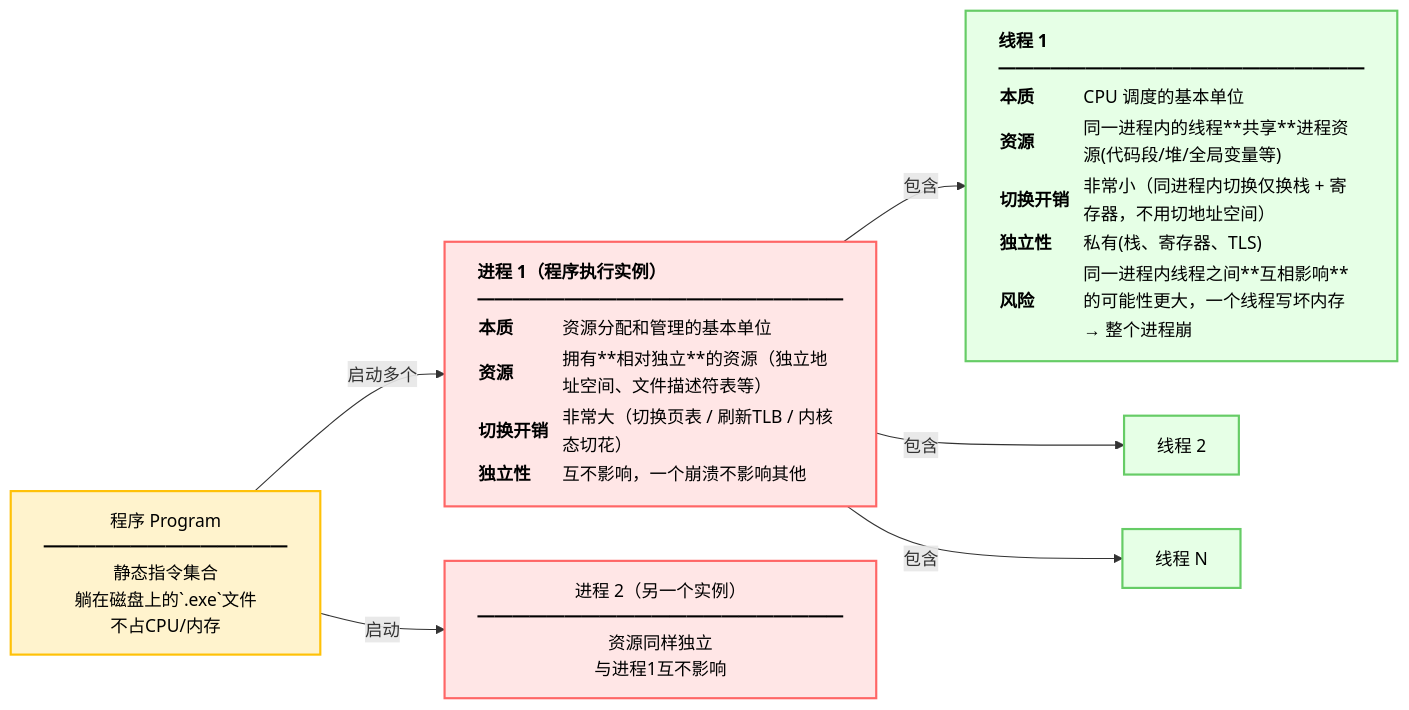
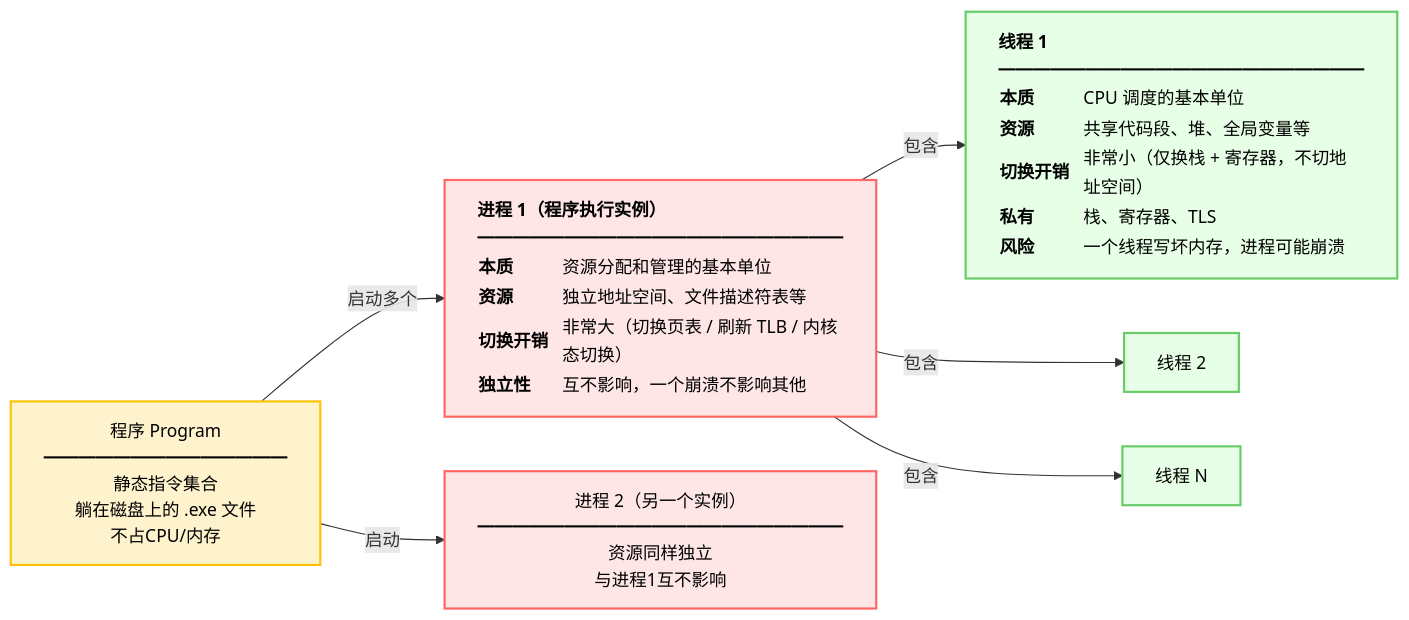
One commit to cychen7/ruankao-notes changed the first of 2 diagrams in 操作系统.md. Above: the diagram before and after it, drawn with Mermaid. The commit also changed other lines of this file, not shown here.

````diff
--- a/操作系统.md
+++ b/操作系统.md
@@ -21,15 +21,15 @@
 ```mermaid
 flowchart LR
-    P[程序 Program<br/>━━━━━━━━━━━━━━<br/>静态指令集合<br/>躺在磁盘上的`.exe`文件<br/>不占CPU/内存] -->|启动多个| Proc1["<div style='text-align:left; line-height:1.6;'><b>进程 1（程序执行实例）</b><br/>━━━━━━━━━━━━━━━━━━━━━<br/><table style='border:0; border-collapse:collapse;'><tr><td style='padding-right:12px; text-align:left; white-space:nowrap;'><b>本质</b></td><td style='text-align:left;'>资源分配和管理的基本单位</td></tr><tr><td style='padding-right:12px; text-align:left; white-space:nowrap;'><b>资源</b></td><td style='text-align:left;'>拥有**相对独立**的资源（独立地址空间、文件描述符表等）</td></tr><tr><td style='padding-right:12px; text-align:left; white-space:nowrap;'><b>切换开销</b></td><td style='text-align:left;'>非常大（切换页表 / 刷新TLB / 内核态切花）</td></tr><tr><td style='padding-right:12px; text-align:left; white-space:nowrap;'><b>独立性</b></td><td style='text-align:left;'>互不影响，一个崩溃不影响其他</td></tr></table></div>"]
+    P[程序 Program<br/>━━━━━━━━━━━━━━<br/>静态指令集合<br/>躺在磁盘上的 .exe 文件<br/>不占CPU/内存] -->|启动多个| Proc1["<div style='text-align:left; line-height:1.6;'><b>进程 1（程序执行实例）</b><br/>━━━━━━━━━━━━━━━━━━━━━<br/><table style='border:0; border-collapse:collapse;'><tr><td style='padding-right:12px; text-align:left; white-space:nowrap;'><b>本质</b></td><td style='text-align:left;'>资源分配和管理的基本单位</td></tr><tr><td style='padding-right:12px; text-align:left; white-space:nowrap;'><b>资源</b></td><td style='text-align:left;'>独立地址空间、文件描述符表等</td></tr><tr><td style='padding-right:12px; text-align:left; white-space:nowrap;'><b>切换开销</b></td><td style='text-align:left;'>非常大（切换页表 / 刷新 TLB / 内核态切换）</td></tr><tr><td style='padding-right:12px; text-align:left; white-space:nowrap;'><b>独立性</b></td><td style='text-align:left;'>互不影响，一个崩溃不影响其他</td></tr></table></div>"]
     P -->|启动| Proc2[进程 2（另一个实例）<br/>━━━━━━━━━━━━━━━━━━━━━<br/>资源同样独立<br/>与进程1互不影响]
-    Proc1 -->|包含| T1["<div style='text-align:left; line-height:1.6;'><b>线程 1</b><br/>━━━━━━━━━━━━━━━━━━━━━<br/><table style='border:0; border-collapse:collapse;'><tr><td style='padding-right:12px; text-align:left; white-space:nowrap;'><b>本质</b></td><td style='text-align:left;'>CPU 调度的基本单位</td></tr><tr><td style='padding-right:12px; text-align:left; white-space:nowrap;'><b>资源</b></td><td style='text-align:left;'>同一进程内的线程**共享**进程资源(代码段/堆/全局变量等)</td></tr><tr><td style='padding-right:12px; text-align:left; white-space:nowrap;'><b>切换开销</b></td><td style='text-align:left;'>非常小（同进程内切换仅换栈 + 寄存器，不用切地址空间）</td></tr><tr><td style='padding-right:12px; text-align:left; white-space:nowrap;'><b>独立性</b></td><td style='text-align:left;'>私有(栈、寄存器、TLS)</td></tr><tr><td style='padding-right:12px; text-align:left; white-space:nowrap;'><b>风险</b></td><td style='text-align:left;'>同一进程内线程之间**互相影响**的可能性更大，一个线程写坏内存 → 整个进程崩</td></tr></table></div>"]
+    Proc1 -->|包含| T1["<div style='text-align:left; line-height:1.6;'><b>线程 1</b><br/>━━━━━━━━━━━━━━━━━━━━━<br/><table style='border:0; border-collapse:collapse;'><tr><td style='padding-right:12px; text-align:left; white-space:nowrap;'><b>本质</b></td><td style='text-align:left;'>CPU 调度的基本单位</td></tr><tr><td style='padding-right:12px; text-align:left; white-space:nowrap;'><b>资源</b></td><td style='text-align:left;'>共享代码段、堆、全局变量等</td></tr><tr><td style='padding-right:12px; text-align:left; white-space:nowrap;'><b>切换开销</b></td><td style='text-align:left;'>非常小（仅换栈 + 寄存器，不切地址空间）</td></tr><tr><td style='padding-right:12px; text-align:left; white-space:nowrap;'><b>私有</b></td><td style='text-align:left;'>栈、寄存器、TLS</td></tr><tr><td style='padding-right:12px; text-align:left; white-space:nowrap;'><b>风险</b></td><td style='text-align:left;'>一个线程写坏内存，进程可能崩溃</td></tr></table></div>"]
     Proc1 -->|包含| T2[线程 2]
     Proc1 -->|包含| T3[线程 N]
 
     style P fill:#fff3cd,stroke:#ffc107,stroke-width:2px,color:#000
     style Proc1 fill:#ffe6e6,stroke:#ff6666,stroke-width:2px,color:#000
     style Proc2 fill:#ffe6e6,stroke:#ff6666,stroke-width:2px,color:#000
     style T1 fill:#e6ffe6,stroke:#66cc66,stroke-width:2px,color:#000
     style T2 fill:#e6ffe6,stroke:#66cc66,stroke-width:2px,color:#000
     style T3 fill:#e6ffe6,stroke:#66cc66,stroke-width:2px,color:#000
 ```
````
